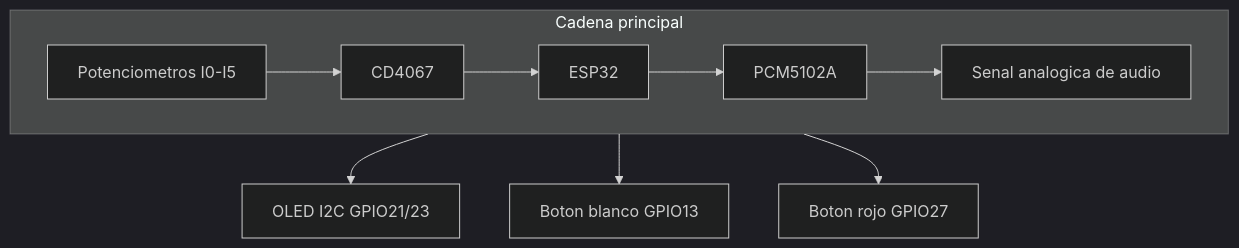
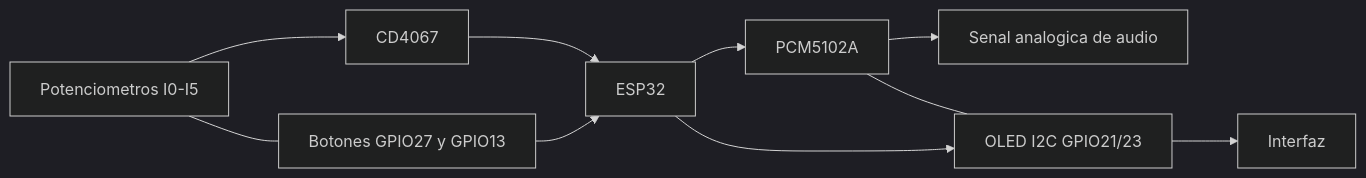
Before and after one commit to pablex99/Synth: the first of 2 diagrams in README.md, drawn with Mermaid (dark theme). The commit also changed other lines of this file, not shown here.

Commit message:
Adjust README diagrams layout and fix GitHub Mermaid parse (#10)

````diff
--- a/README.md
+++ b/README.md
@@ -20,18 +20,14 @@
 ```mermaid
-flowchart TB
-	subgraph MID[Cadena principal]
-		direction LR
-		POTS[Potenciometros I0-I5] --> MUX[CD4067]
-		MUX --> ESP[ESP32]
-		ESP --> DAC[PCM5102A]
-		DAC --> AUDIO[Senal analogica de audio]
-	end
+flowchart LR
+  POTS[Potenciometros I0-I5] --> MUX[CD4067]
+  MUX --> ESP[ESP32]
+  ESP --> DAC[PCM5102A]
+  DAC --> AUDIO[Senal analogica de audio]
 
-	OLED[OLED I2C GPIO21/23]
-	BTNW[Boton blanco GPIO13]
-	BTNR[Boton rojo GPIO27]
+  BTN[Botones GPIO27 y GPIO13] --> ESP
+  POTS --- BTN
 
-	ESP --> OLED
-	ESP --> BTNW
-	ESP --> BTNR
+  ESP --> OLED[OLED I2C GPIO21/23]
+  DAC --- OLED
+  OLED --> UI[Interfaz]
 ```
````
